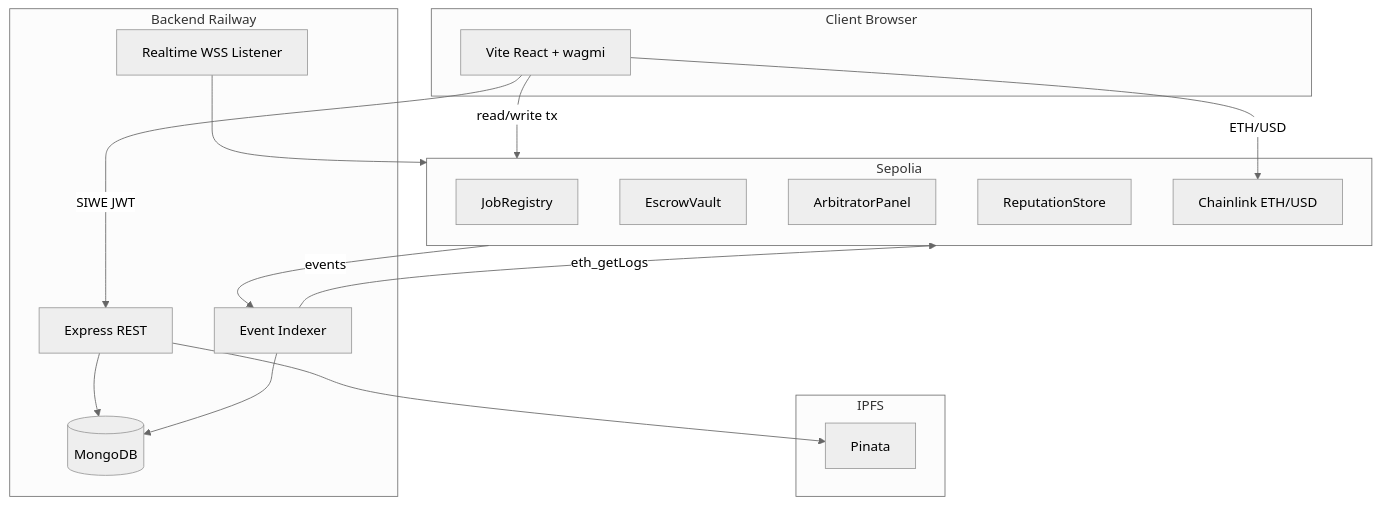
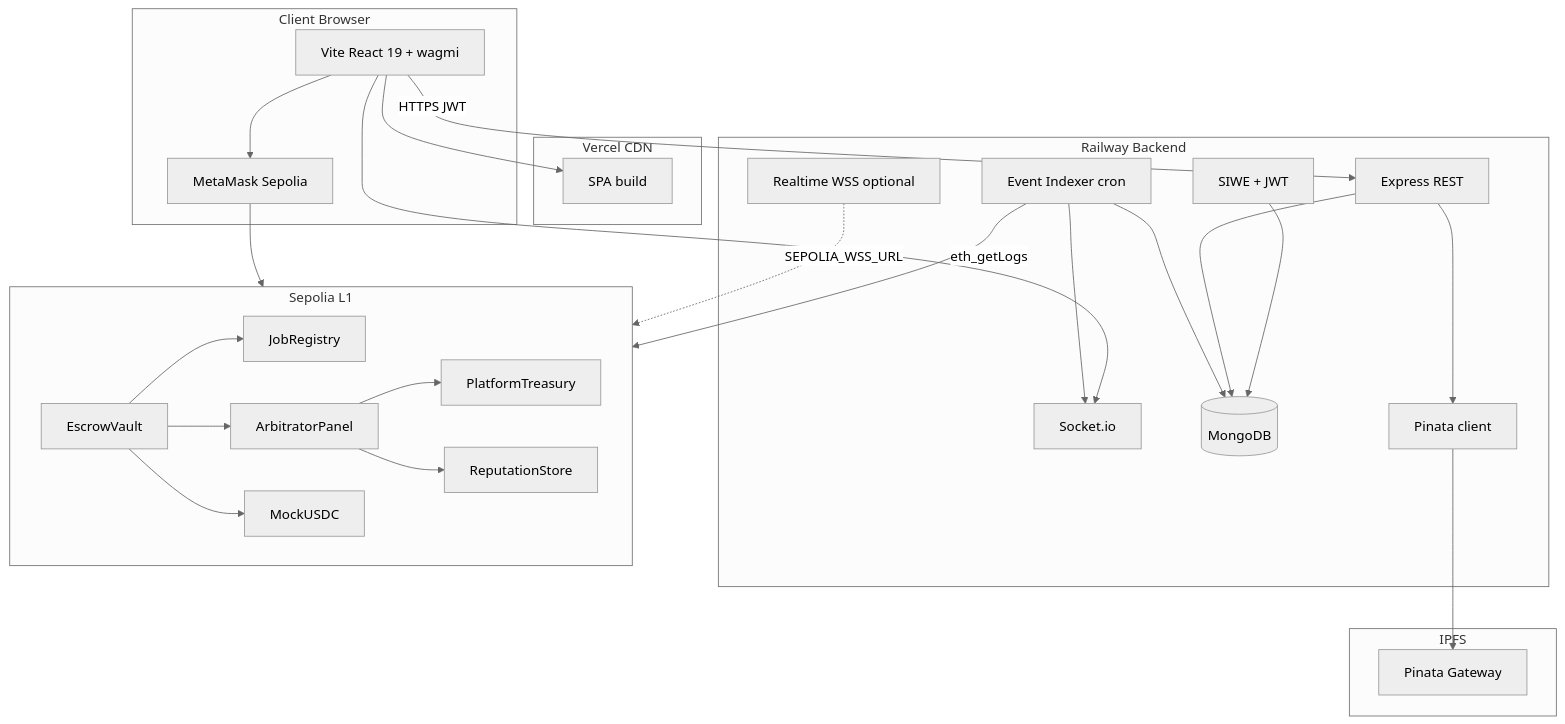
One commit to thanhltkk24414-lang/Blockchain-docs changed the first of 5 diagrams in guides/system-design-vi.md. Above: the diagram before and after it, drawn with Mermaid (neutral theme). The commit also changed other lines of this file and 14 other files, not shown here.

````diff
--- a/guides/system-design-vi.md
+++ b/guides/system-design-vi.md
@@ -3,31 +11,53 @@
 ```mermaid
 flowchart TB
   subgraph client [Client Browser]
-    FE[Vite React + wagmi]
+    FE[Vite React 19 + wagmi]
+    MM[MetaMask Sepolia]
   end
-  subgraph backend [Backend Railway]
+
+  subgraph vercel [Vercel CDN]
+    Static[SPA build]
+  end
+
+  subgraph railway [Railway Backend]
     API[Express REST]
-    IDX[Event Indexer]
-    RT[Realtime WSS Listener]
+    AUTH[SIWE + JWT]
+    IDX[Event Indexer cron]
+    RT[Realtime WSS optional]
+    SOCK[Socket.io]
     DB[(MongoDB)]
+    PIN[Pinata client]
   end
-  subgraph chain [Sepolia]
+
+  subgraph sepolia [Sepolia L1]
     JR[JobRegistry]
     EV[EscrowVault]
     AP[ArbitratorPanel]
+    PT[PlatformTreasury]
     RS[ReputationStore]
-    CL[Chainlink ETH/USD]
+    USDC[MockUSDC]
   end
-  subgraph storage [IPFS]
-    PIN[Pinata]
+
+  subgraph ipfs [IPFS]
+    GATE[Pinata Gateway]
   end
-  FE -->|SIWE JWT| API
-  FE -->|read/write tx| chain
-  FE -->|ETH/USD| CL
+
+  FE --> Static
+  FE --> MM
+  MM --> sepolia
+  FE -->|HTTPS JWT| API
+  FE --> SOCK
+  AUTH --> DB
   API --> DB
   API --> PIN
-  IDX -->|eth_getLogs| chain
+  PIN --> GATE
+  IDX -->|eth_getLogs| sepolia
   IDX --> DB
-  RT --> chain
-  chain -->|events| IDX
+  IDX --> SOCK
+  RT -.->|SEPOLIA_WSS_URL| sepolia
+  EV --> AP
+  EV --> JR
+  EV --> USDC
+  AP --> PT
+  AP --> RS
 ```
````
